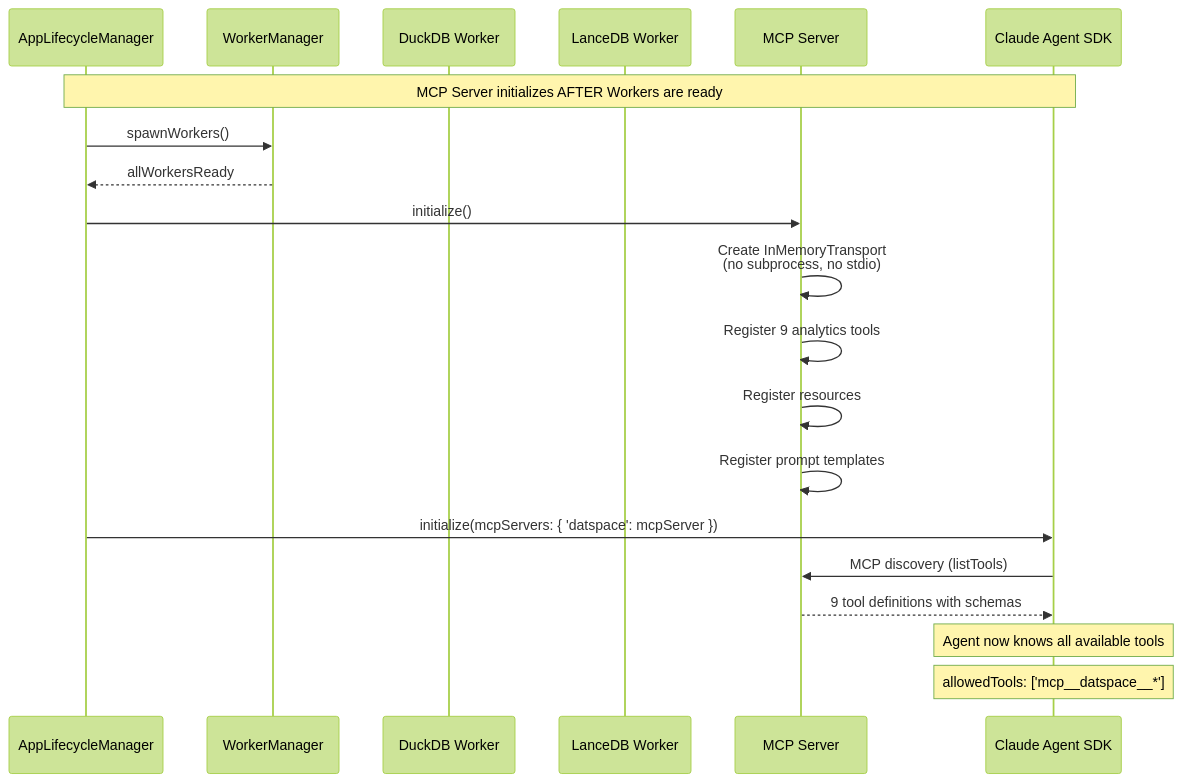
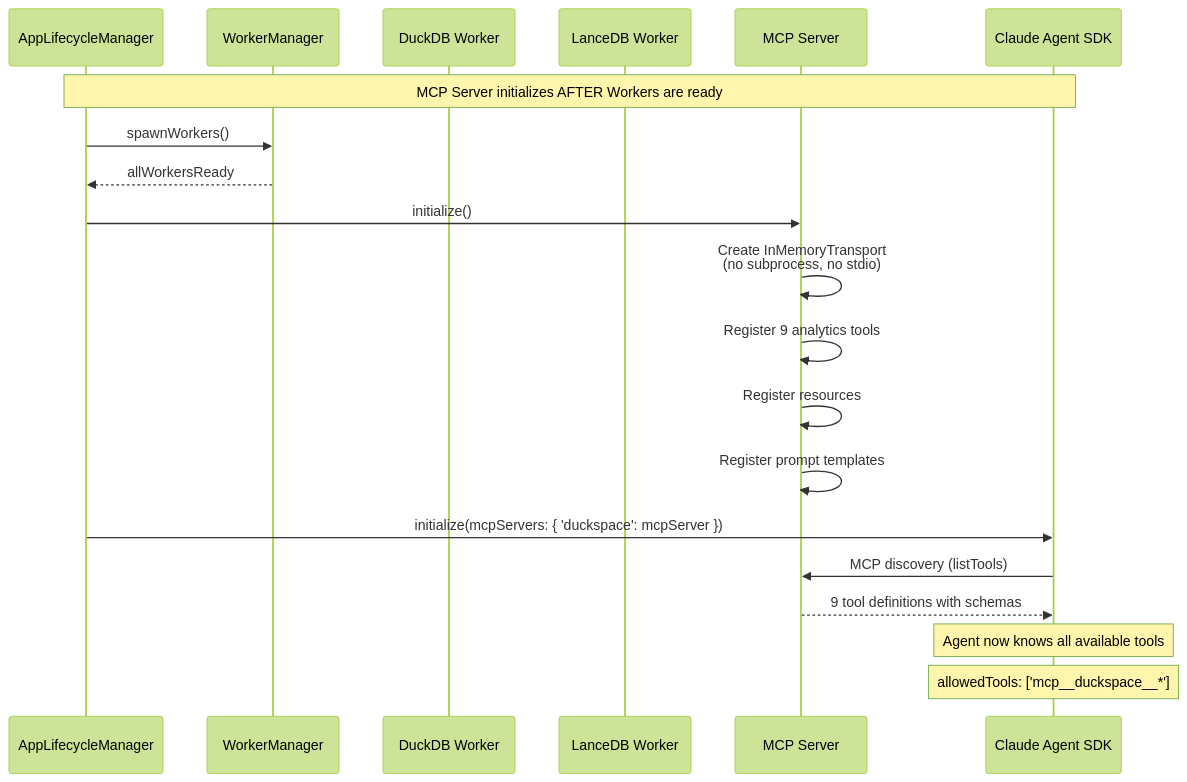
One commit to discohead/duckspace changed the fourth of 9 diagrams in context/artifacts/design/09-ai-integration.md. Above: the diagram before and after it, drawn with Mermaid (forest theme). The commit also changed other lines of this file and 111 other files, not shown here.

First line of the commit message:
chore: rename project from Datspace to Duckspace

````diff
--- a/context/artifacts/design/09-ai-integration.md
+++ b/context/artifacts/design/09-ai-integration.md
@@ -509,27 +509,27 @@
 ```mermaid
 sequenceDiagram
     participant ALM as AppLifecycleManager
     participant WM as WorkerManager
     participant DW as DuckDB Worker
     participant LW as LanceDB Worker
     participant MCPS as MCP Server
     participant Agent as Claude Agent SDK
 
     Note over ALM,Agent: MCP Server initializes AFTER Workers are ready
 
     ALM->>WM: spawnWorkers()
     WM-->>ALM: allWorkersReady
 
     ALM->>MCPS: initialize()
     MCPS->>MCPS: Create InMemoryTransport<br/>(no subprocess, no stdio)
     MCPS->>MCPS: Register 9 analytics tools
     MCPS->>MCPS: Register resources
     MCPS->>MCPS: Register prompt templates
 
-    ALM->>Agent: initialize(mcpServers: { 'datspace': mcpServer })
+    ALM->>Agent: initialize(mcpServers: { 'duckspace': mcpServer })
     Agent->>MCPS: MCP discovery (listTools)
     MCPS-->>Agent: 9 tool definitions with schemas
 
     Note over Agent: Agent now knows all available tools
-    Note over Agent: allowedTools: ['mcp__datspace__*']
+    Note over Agent: allowedTools: ['mcp__duckspace__*']
 ```
````
